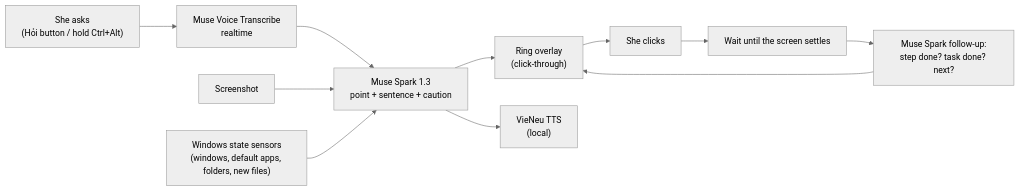
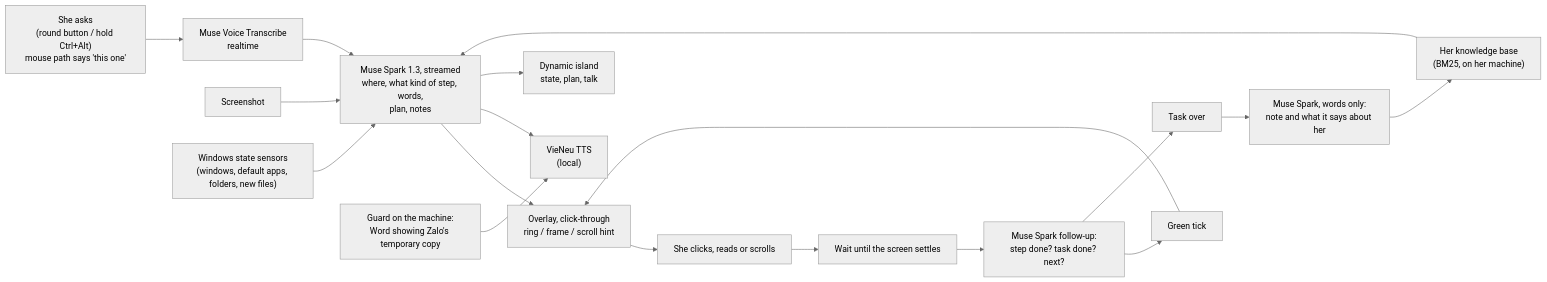
Before and after one commit to Nguyen-Le-Tuan/ScreenTutor: the diagram in README.md, drawn with Mermaid (neutral theme). The commit also changed other lines of this file and 9 other files, not shown here.

First line of the commit message:
B6: the documents follow the app, and say only what was measured

````diff
--- a/README.md
+++ b/README.md
@@ -40,13 +49,20 @@
 ```mermaid
 flowchart LR
-    Q["She asks<br/>(Hỏi button / hold Ctrl+Alt)"] --> STT["Muse Voice Transcribe<br/>realtime"]
-    STT --> SPARK["Muse Spark 1.3<br/>point + sentence + caution"]
+    Q["She asks<br/>(round button / hold Ctrl+Alt)<br/>mouse path says 'this one'"] --> STT["Muse Voice Transcribe<br/>realtime"]
+    STT --> SPARK["Muse Spark 1.3, streamed<br/>where, what kind of step, words,<br/>plan, notes"]
     SCR["Screenshot"] --> SPARK
     ST["Windows state sensors<br/>(windows, default apps, folders, new files)"] --> SPARK
-    SPARK --> RING["Ring overlay<br/>(click-through)"]
+    MEM["Her knowledge base<br/>(BM25, on her machine)"] --> SPARK
+    SPARK --> MARK["Overlay, click-through<br/>ring / frame / scroll hint"]
     SPARK --> TTS["VieNeu TTS<br/>(local)"]
-    RING --> CLICK["She clicks"]
-    CLICK --> SETTLE["Wait until the screen settles"]
+    SPARK --> ISLAND["Dynamic island<br/>state, plan, talk"]
+    MARK --> ACT["She clicks, reads or scrolls"]
+    ACT --> SETTLE["Wait until the screen settles"]
     SETTLE --> CHECK["Muse Spark follow-up:<br/>step done? task done? next?"]
-    CHECK --> RING
+    CHECK --> TICK["Green tick"]
+    TICK --> MARK
+    CHECK --> DONE["Task over"]
+    DONE --> NOTE["Muse Spark, words only:<br/>note and what it says about her"]
+    NOTE --> MEM
+    GUARD["Guard on the machine:<br/>Word showing Zalo's temporary copy"] --> TTS
 ```
````
